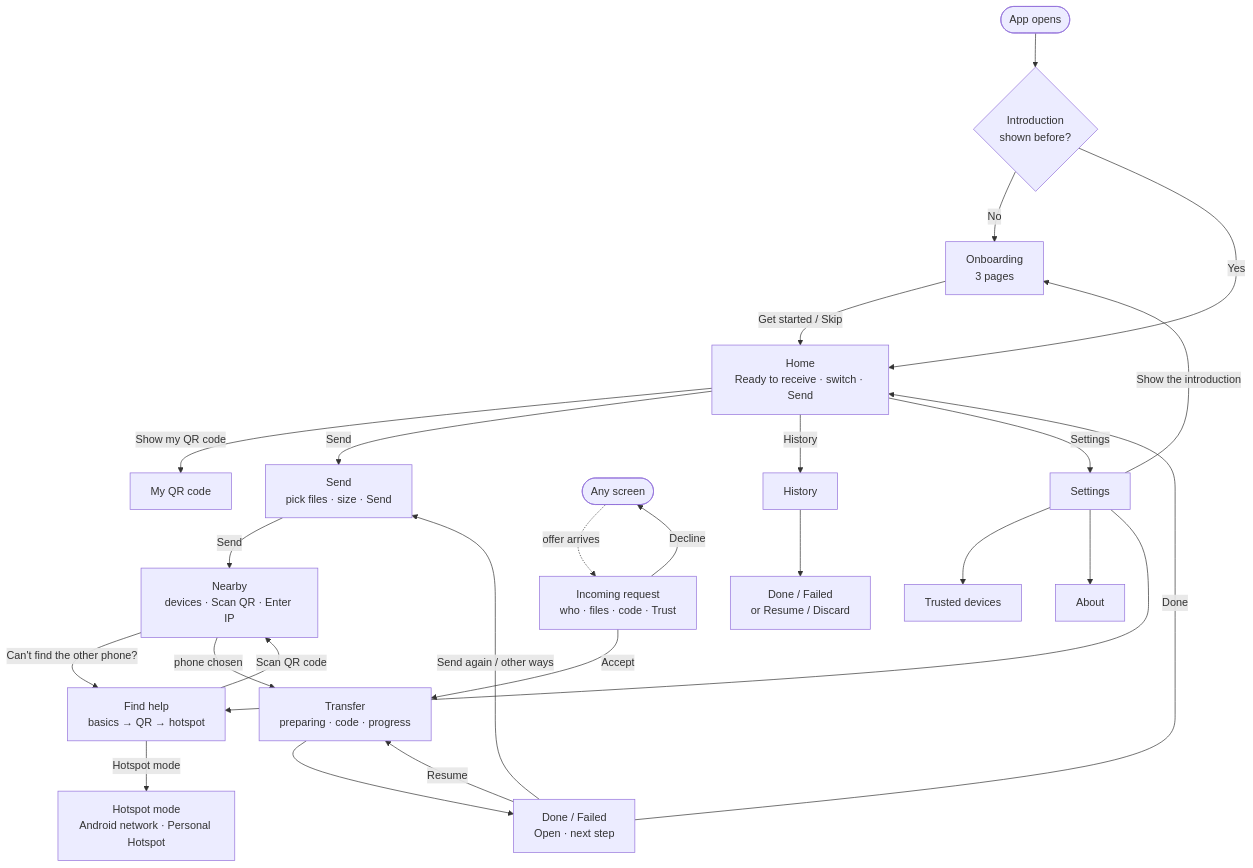
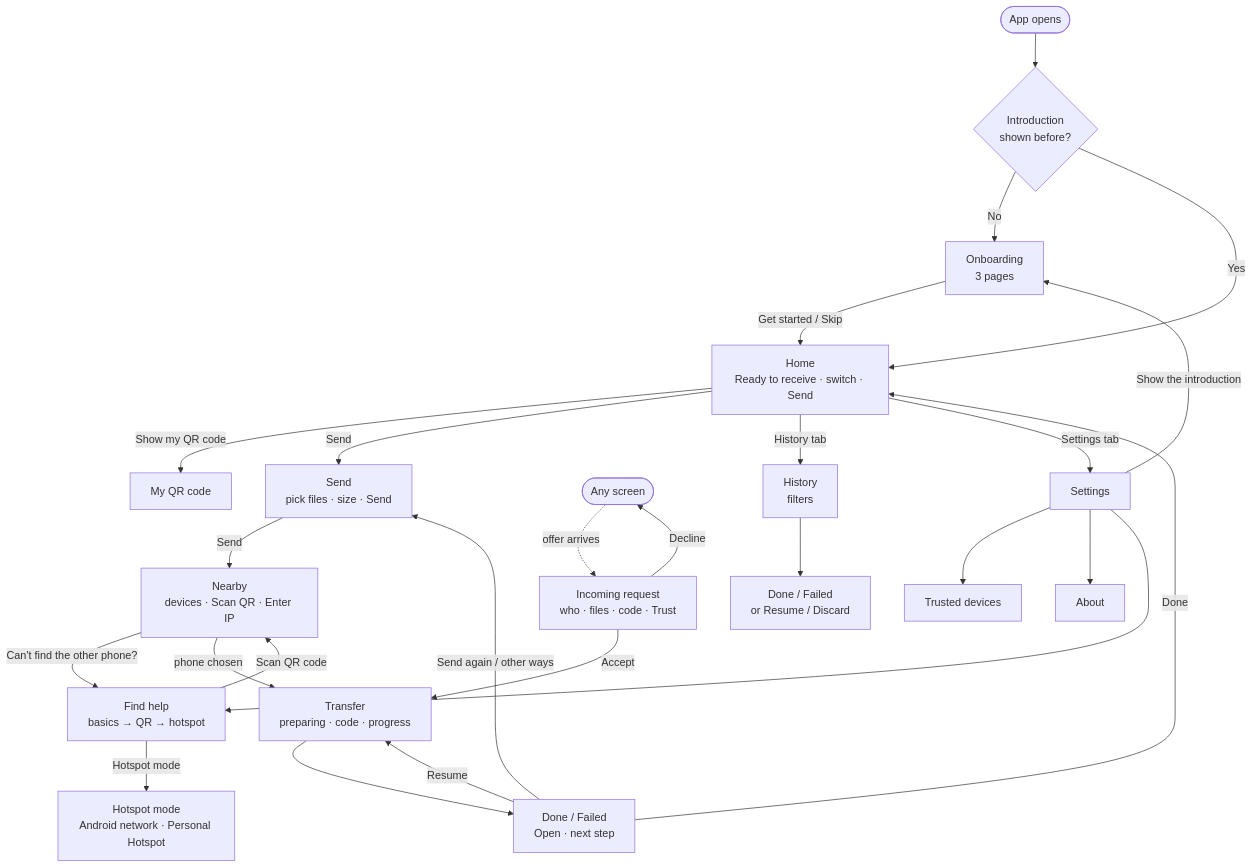
Before and after one commit to shreyashjunje/CrossDrops: the diagram in docs/features/ui-navigation.md, drawn with Mermaid. The commit also changed other lines of this file and 3 other files, not shown here.

````diff
--- a/docs/features/ui-navigation.md
+++ b/docs/features/ui-navigation.md
@@ -29,30 +29,30 @@
 ```mermaid
 flowchart TD
   Start([App opens]) --> Gate{"Introduction<br/>shown before?"}
   Gate -- No --> Onb["Onboarding<br/>3 pages"]
   Onb -- "Get started / Skip" --> Home
   Gate -- Yes --> Home["Home<br/>Ready to receive · switch · Send"]
 
   Home -- "Show my QR code" --> MyQr["My QR code"]
   Home -- Send --> Send["Send<br/>pick files · size · Send"]
   Send -- Send --> Nearby["Nearby<br/>devices · Scan QR · Enter IP"]
   Nearby -- "Can't find the other phone?" --> Help["Find help<br/>basics → QR → hotspot"]
   Help -- "Scan QR code" --> Nearby
   Help -- "Hotspot mode" --> Hot["Hotspot mode<br/>Android network · Personal Hotspot"]
   Nearby -- "phone chosen" --> Transfer["Transfer<br/>preparing · code · progress"]
   Transfer --> Result["Done / Failed<br/>Open · next step"]
   Result -- "Resume" --> Transfer
   Result -- "Send again / other ways" --> Send
   Result -- Done --> Home
 
   Any(["Any screen"]) -. "offer arrives" .-> Inc["Incoming request<br/>who · files · code · Trust"]
   Inc -- Accept --> Transfer
   Inc -- Decline --> Any
 
-  Home -- History --> Hist["History"] --> Detail["Done / Failed<br/>or Resume / Discard"]
-  Home -- Settings --> Set["Settings"]
+  Home -- "History tab" --> Hist["History<br/>filters"] --> Detail["Done / Failed<br/>or Resume / Discard"]
+  Home -- "Settings tab" --> Set["Settings"]
   Set --> Trusted["Trusted devices"]
   Set --> About["About"]
   Set --> Help
   Set -- "Show the introduction" --> Onb
 ```
````
